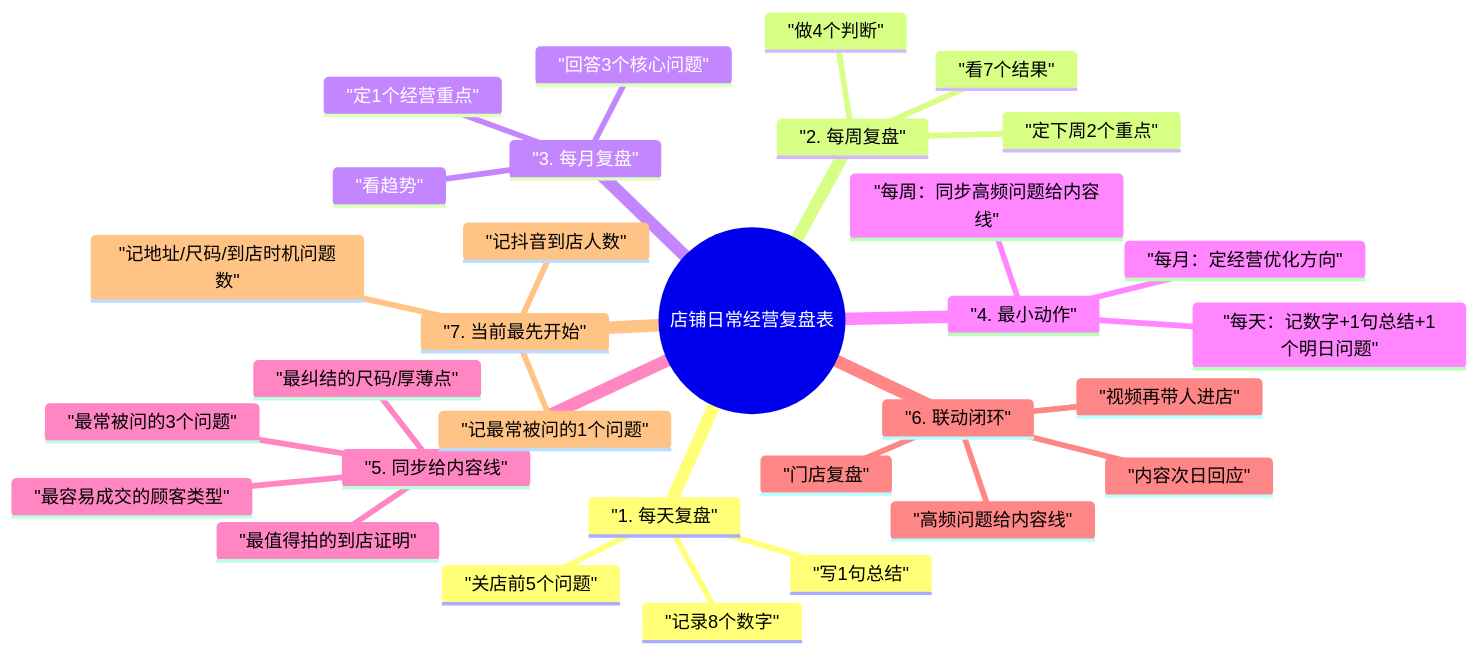
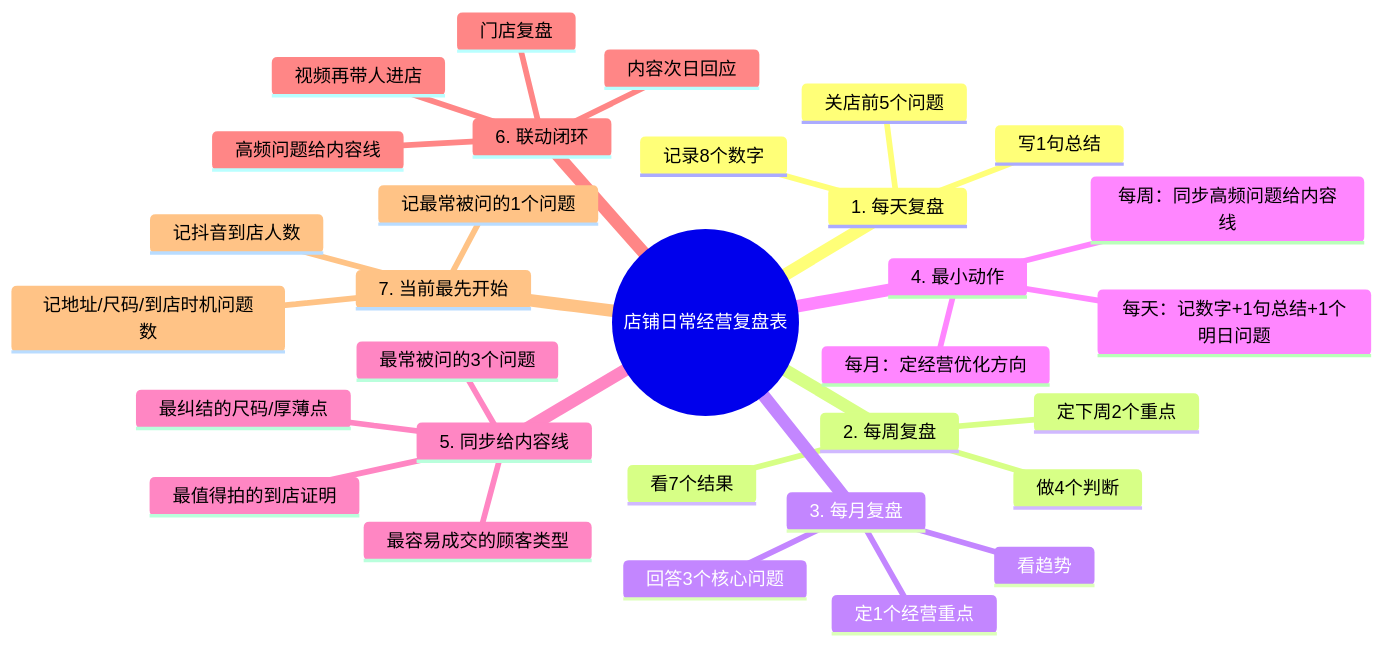
Before and after one commit to lizhihui0215/Black-Tonny: the diagram in mindmaps/07-店铺日常经营复盘表-mindmap.md, drawn with Mermaid. The commit also changed 29 other files, not shown here.

Commit message:
docs: fix mermaid mindmaps and add xmind exports

````diff
--- a/mindmaps/07-店铺日常经营复盘表-mindmap.md
+++ b/mindmaps/07-店铺日常经营复盘表-mindmap.md
@@ -3,34 +3,34 @@
 ```mermaid
 mindmap
-  root(("店铺日常经营复盘表"))
-    "1. 每天复盘"
-      "记录8个数字"
-      "关店前5个问题"
-      "写1句总结"
-    "2. 每周复盘"
-      "看7个结果"
-      "做4个判断"
-      "定下周2个重点"
-    "3. 每月复盘"
-      "看趋势"
-      "回答3个核心问题"
-      "定1个经营重点"
-    "4. 最小动作"
-      "每天：记数字+1句总结+1个明日问题"
-      "每周：同步高频问题给内容线"
-      "每月：定经营优化方向"
-    "5. 同步给内容线"
-      "最常被问的3个问题"
-      "最容易成交的顾客类型"
-      "最纠结的尺码/厚薄点"
-      "最值得拍的到店证明"
-    "6. 联动闭环"
-      "门店复盘"
-      "高频问题给内容线"
-      "内容次日回应"
-      "视频再带人进店"
-    "7. 当前最先开始"
-      "记抖音到店人数"
-      "记地址/尺码/到店时机问题数"
-      "记最常被问的1个问题"
+  root((店铺日常经营复盘表))
+    1. 每天复盘
+      记录8个数字
+      关店前5个问题
+      写1句总结
+    2. 每周复盘
+      看7个结果
+      做4个判断
+      定下周2个重点
+    3. 每月复盘
+      看趋势
+      回答3个核心问题
+      定1个经营重点
+    4. 最小动作
+      每天：记数字+1句总结+1个明日问题
+      每周：同步高频问题给内容线
+      每月：定经营优化方向
+    5. 同步给内容线
+      最常被问的3个问题
+      最容易成交的顾客类型
+      最纠结的尺码/厚薄点
+      最值得拍的到店证明
+    6. 联动闭环
+      门店复盘
+      高频问题给内容线
+      内容次日回应
+      视频再带人进店
+    7. 当前最先开始
+      记抖音到店人数
+      记地址/尺码/到店时机问题数
+      记最常被问的1个问题
 ```
````
